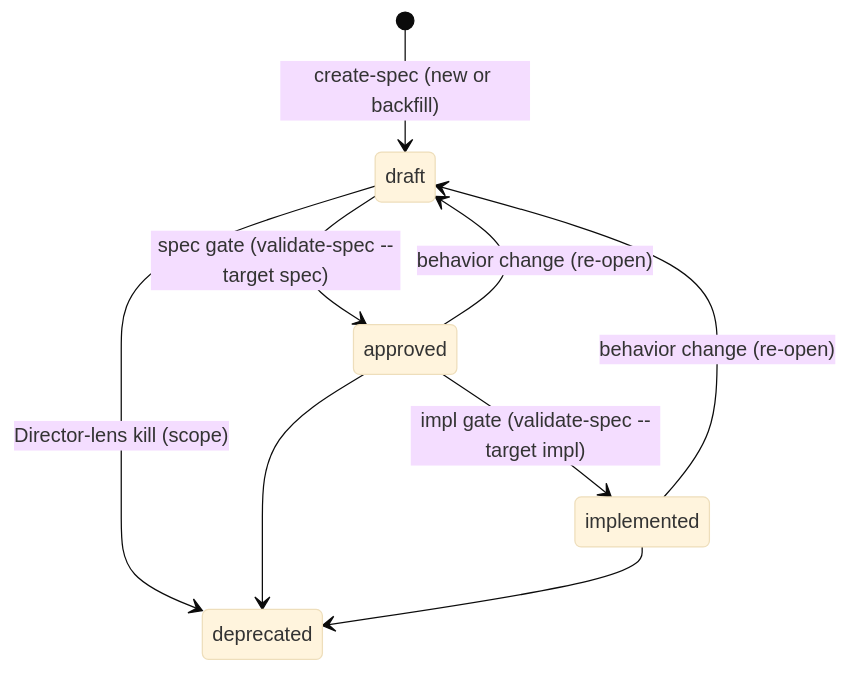
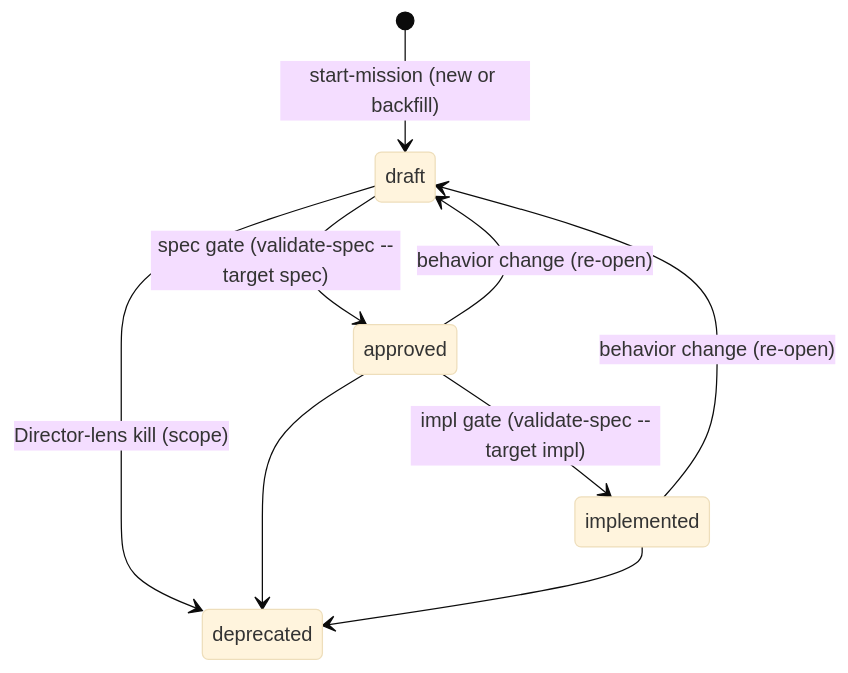
One commit to cyberuni/cyber-sdd changed the diagram in .agents/specs/sdd/design/lifecycle-model.md. Above: the diagram before and after it, drawn with Mermaid (base theme). The commit also changed other lines of this file and 7 other files, not shown here.

First line of the commit message:
refactor(sdd): retire create-spec/revise-spec, fold into start-mission

````diff
--- a/.agents/specs/sdd/design/lifecycle-model.md
+++ b/.agents/specs/sdd/design/lifecycle-model.md
@@ -59,11 +59,11 @@
 ```mermaid
 stateDiagram-v2
-    [*] --> draft: create-spec (new or backfill)
+    [*] --> draft: start-mission (new or backfill)
     draft --> approved: spec gate (validate-spec --target spec)
     approved --> implemented: impl gate (validate-spec --target impl)
     approved --> draft: behavior change (re-open)
     implemented --> draft: behavior change (re-open)
     draft --> deprecated: Director-lens kill (scope)
     approved --> deprecated
     implemented --> deprecated
 ```
````
